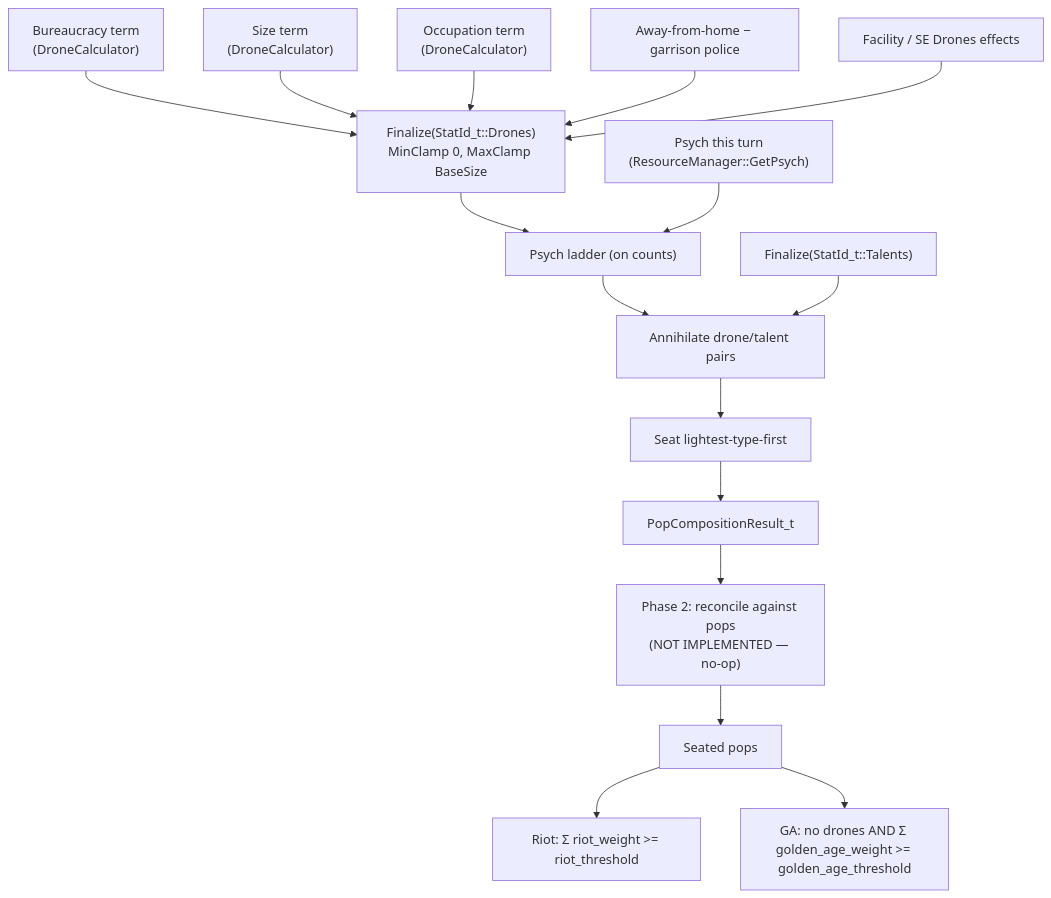
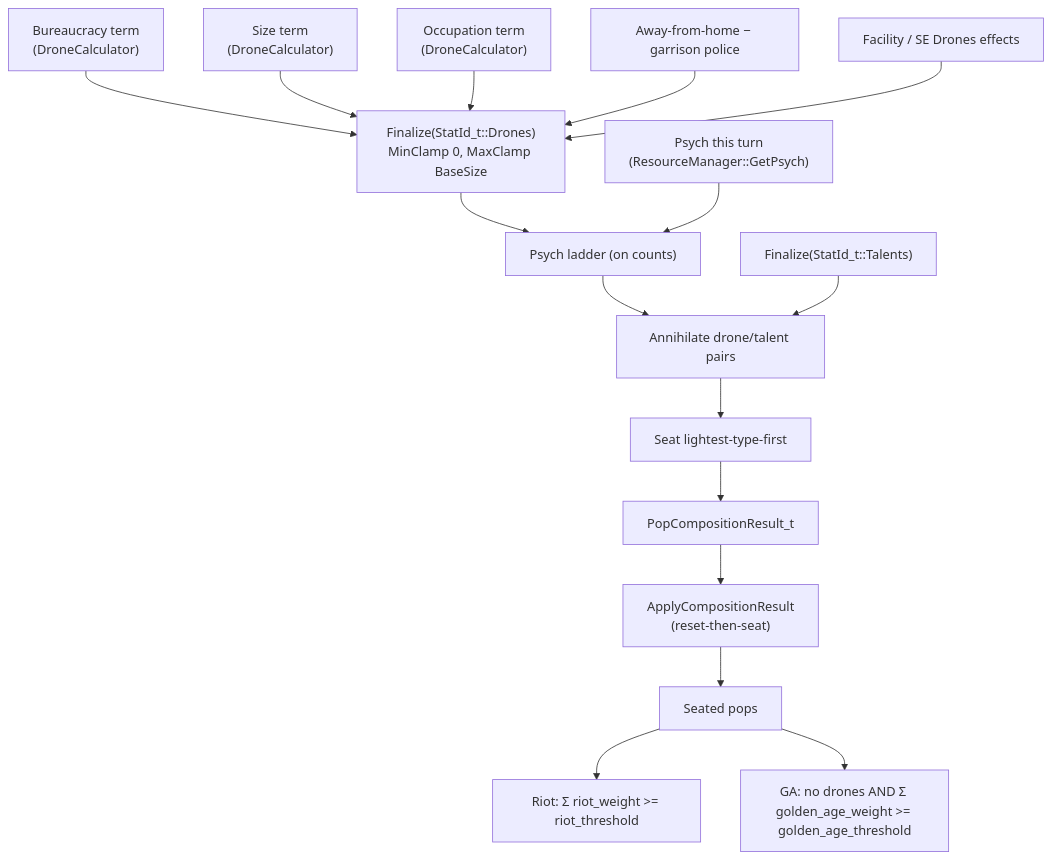
The diagram in docs/architecture/population-system.md (kilianloftis/alpha-centauri), drawn with Mermaid before and after one commit. The commit also changed other lines of this file and 9 other files, not shown here.

Commit message:
Pop Composition Phase 2

````diff
--- a/docs/architecture/population-system.md
+++ b/docs/architecture/population-system.md
@@ -8,32 +8,32 @@
 ```mermaid
 flowchart TD
   bureau["Bureaucracy term<br/>(DroneCalculator)"]
   size["Size term<br/>(DroneCalculator)"]
   occ["Occupation term<br/>(DroneCalculator)"]
   police["Away-from-home − garrison police"]
   facilities["Facility / SE Drones effects"]
   seed["Finalize(StatId_t::Drones)<br/>MinClamp 0, MaxClamp BaseSize"]
   talents["Finalize(StatId_t::Talents)"]
   psych["Psych this turn<br/>(ResourceManager::GetPsych)"]
   ladder["Psych ladder (on counts)"]
   annihilate["Annihilate drone/talent pairs"]
   seatpressure["Seat lightest-type-first"]
   result["PopCompositionResult_t"]
-  phase2["Phase 2: reconcile against pops<br/>(NOT IMPLEMENTED — no-op)"]
+  phase2["ApplyCompositionResult<br/>(reset-then-seat)"]
   pops["Seated pops"]
   riot["Riot: Σ riot_weight >= riot_threshold"]
   ga["GA: no drones AND Σ golden_age_weight >= golden_age_threshold"]
 
   bureau --> seed
   size --> seed
   occ --> seed
   police --> seed
   facilities --> seed
   seed --> ladder
   psych --> ladder
   ladder --> annihilate
   talents --> annihilate
   annihilate --> seatpressure --> result --> phase2 --> pops
   pops --> riot
   pops --> ga
 ```
````
